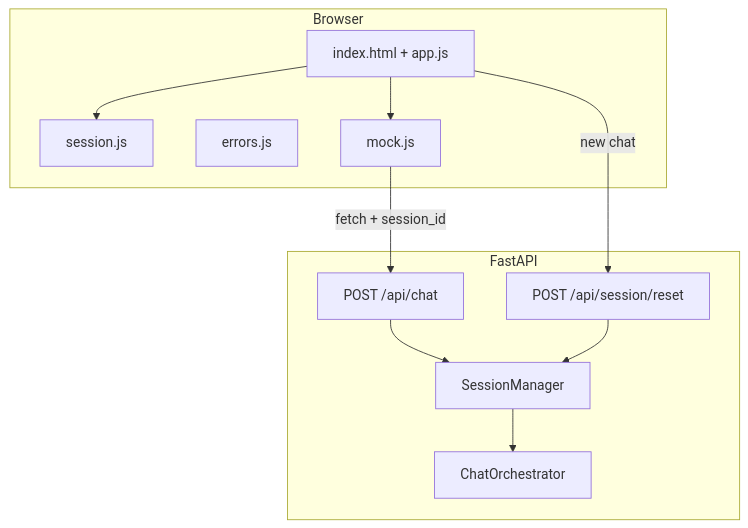
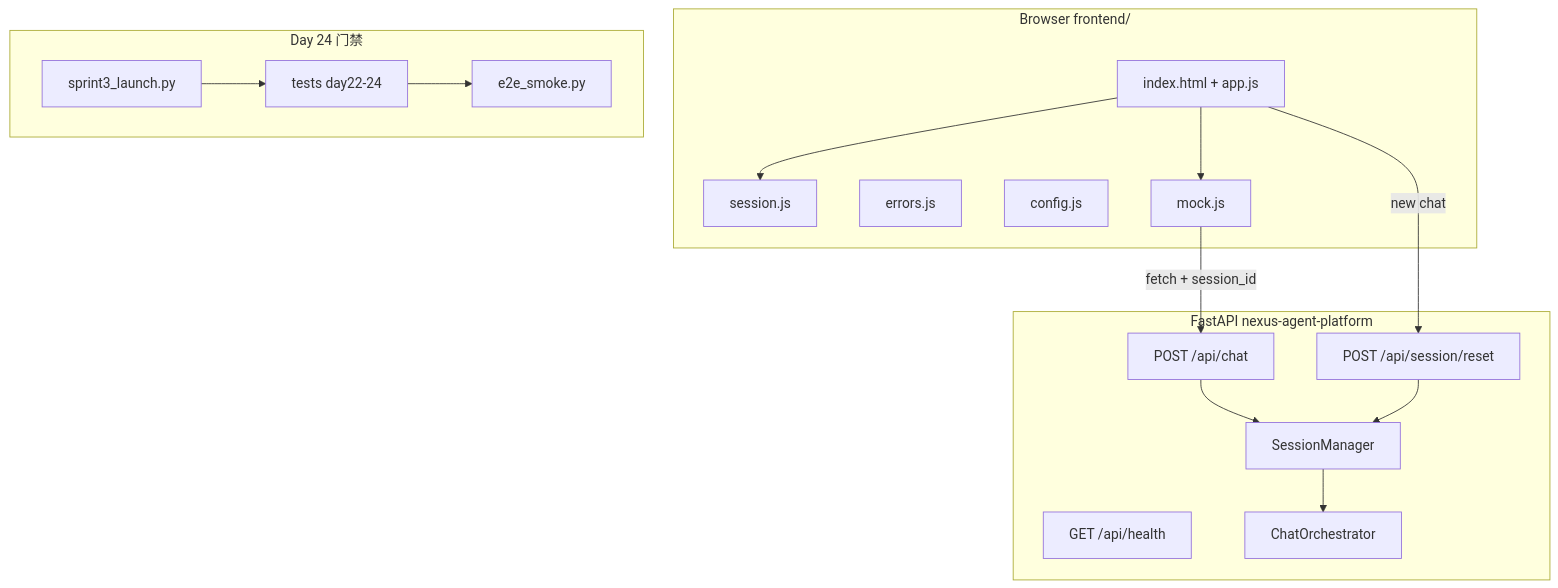
Before and after one commit to ab6539763/70_days_course_plus: the first of 4 diagrams in course/day24/03_架构设计.md, drawn with Mermaid. The commit also changed other lines of this file and 229 other files, not shown here.

````diff
--- a/course/day24/03_架构设计.md
+++ b/course/day24/03_架构设计.md
@@ -5,21 +8,29 @@
 ```mermaid
 flowchart TB
-    subgraph browser[Browser]
+    subgraph browser[Browser frontend/]
         UI[index.html + app.js]
         SESS[session.js]
         ERR[errors.js]
+        CFG[config.js]
         MOCK[mock.js]
     end
-    subgraph server[FastAPI]
+    subgraph server[FastAPI nexus-agent-platform]
         CHAT[POST /api/chat]
         RESET[POST /api/session/reset]
+        HEALTH[GET /api/health]
         SM[SessionManager]
         ORCH[ChatOrchestrator]
+    end
+    subgraph gate[Day 24 门禁]
+        LAUNCH[sprint3_launch.py]
+        SMOKE[e2e_smoke.py]
+        PYTEST[tests day22-24]
     end
     UI --> SESS
     UI --> MOCK
     MOCK -->|fetch + session_id| CHAT
     UI -->|new chat| RESET
     CHAT --> SM --> ORCH
     RESET --> SM
+    LAUNCH --> PYTEST --> SMOKE
 ```
````
